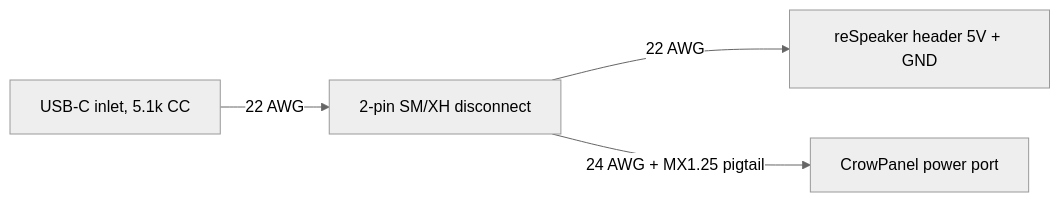
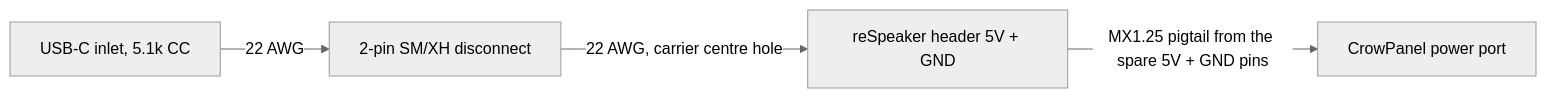
One commit to asherflynt/voice-clock changed the diagram in docs/assembly/ASSEMBLY.md. Above: the diagram before and after it, drawn with Mermaid (neutral theme). The commit also changed other lines of this file and 53 other files, not shown here.

First line of the commit message:
No cable notch: CrowPanel fed from the reSpeaker; ring prints without brim

````diff
--- a/docs/assembly/ASSEMBLY.md
+++ b/docs/assembly/ASSEMBLY.md
@@ -52,6 +52,6 @@
 ```mermaid
 flowchart LR
   A[USB-C inlet, 5.1k CC] -- 22 AWG --> B[2-pin SM/XH disconnect]
-  B -- 22 AWG --> C[reSpeaker header 5V + GND]
-  B -- 24 AWG + MX1.25 pigtail --> D[CrowPanel power port]
+  B -- 22 AWG, carrier centre hole --> C[reSpeaker header 5V + GND]
+  C -- MX1.25 pigtail from the spare 5V + GND pins --> D[CrowPanel power port]
 ```
````
